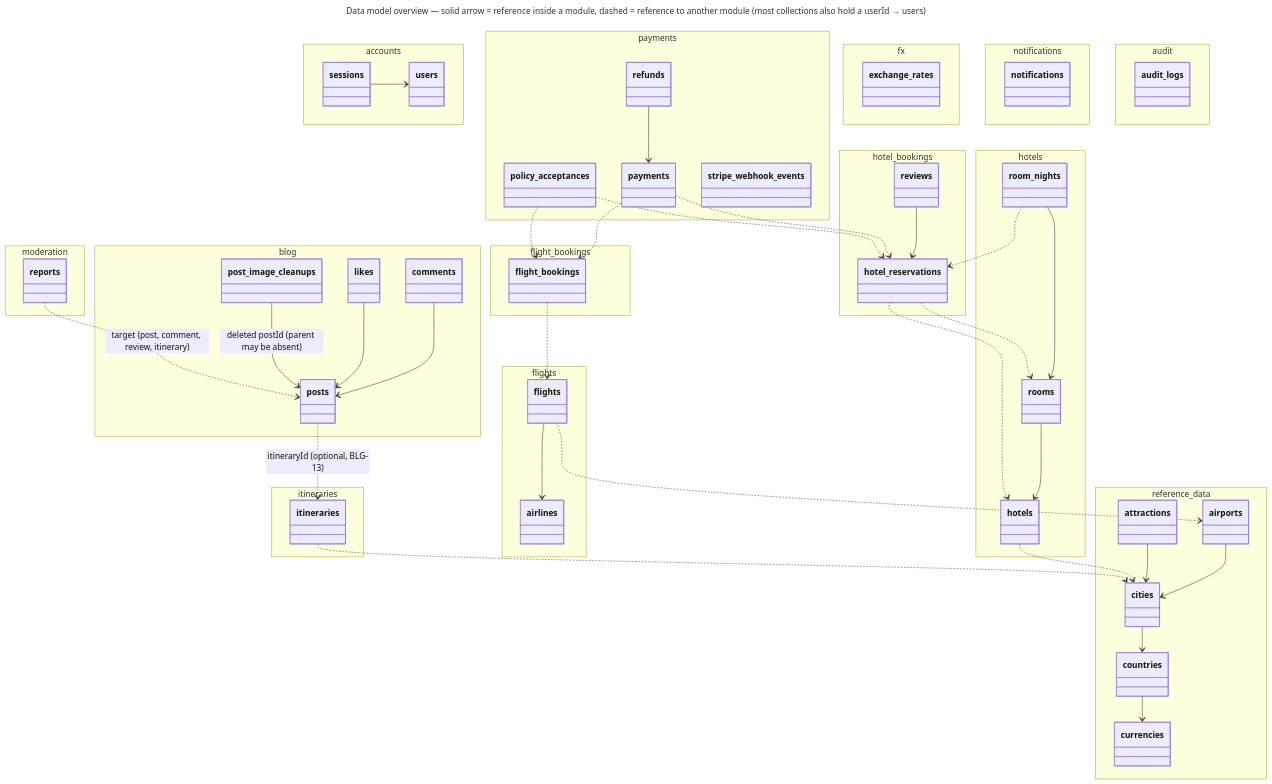
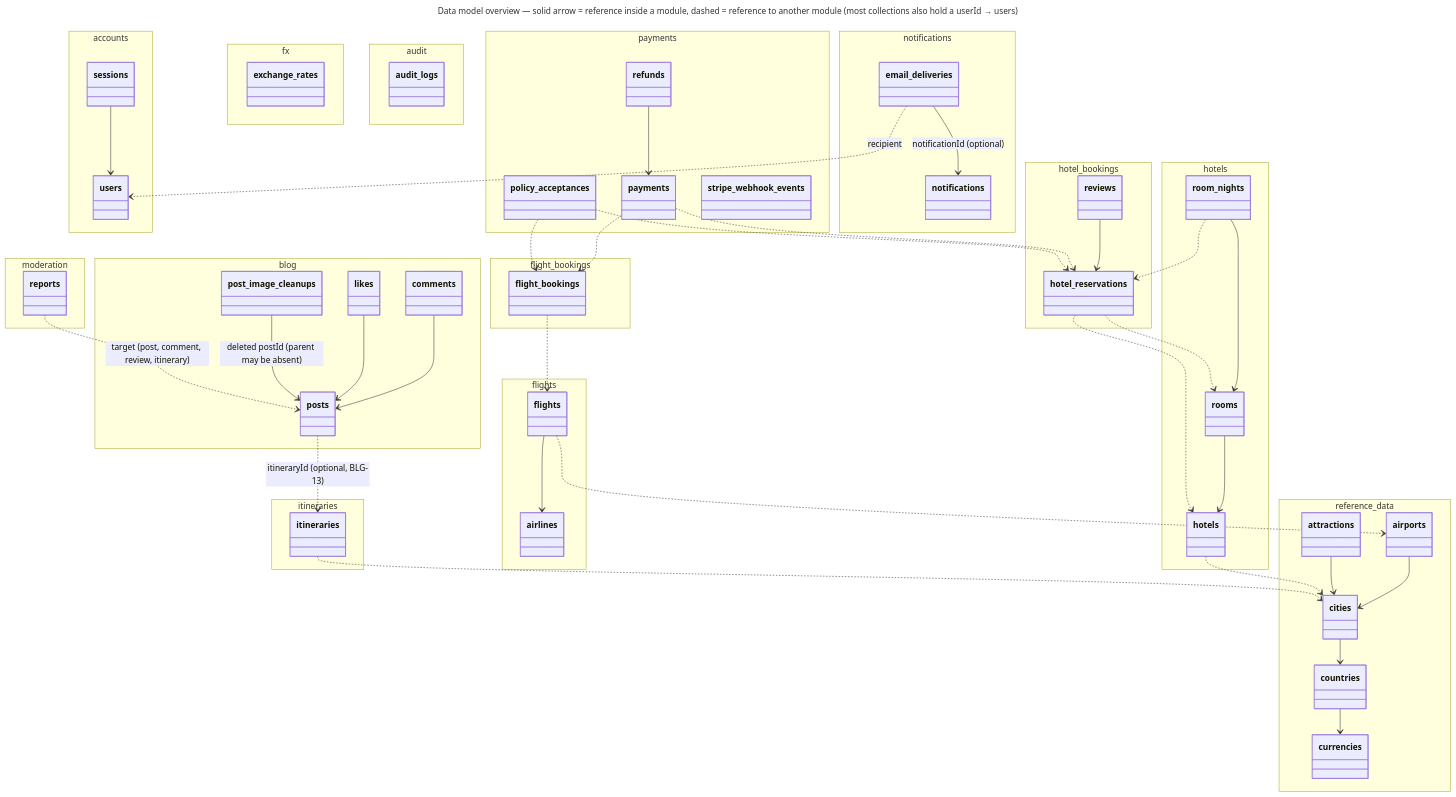
Before and after one commit to Host173/Man2o4ah: the diagram in docs/database/diagrams/00-overview.mmd, drawn with Mermaid. The commit also changed 41 other files, not shown here.

First line of the commit message:
feat(notifications): add SMTP email delivery (GEN-01b)

```diff
--- a/docs/database/diagrams/00-overview.mmd
+++ b/docs/database/diagrams/00-overview.mmd
@@ -1,86 +1,89 @@
 ---
 title: "Data model overview — solid arrow = reference inside a module, dashed = reference to another module (most collections also hold a userId → users)"
 ---
 classDiagram
   direction TB
   namespace reference_data {
     class countries
     class cities
     class airports
     class attractions
     class currencies
   }
   namespace accounts {
     class users
     class sessions
   }
   namespace flights {
     class airlines
     class flights_["flights"]
   }
   namespace flight_bookings {
     class flight_bookings_["flight_bookings"]
   }
   namespace hotels {
     class hotels_["hotels"]
     class rooms
     class room_nights
   }
   namespace hotel_bookings {
     class hotel_reservations
     class reviews
   }
   namespace payments {
     class payments_["payments"]
     class refunds
     class policy_acceptances
     class stripe_webhook_events
   }
   namespace itineraries {
     class itineraries_["itineraries"]
   }
   namespace fx {
     class exchange_rates
   }
   namespace blog {
     class posts
     class comments
     class likes
     class post_image_cleanups
   }
   namespace moderation {
     class reports
   }
   namespace notifications {
     class notifications_["notifications"]
+    class email_deliveries
   }
   namespace audit {
     class audit_logs
   }
 
   cities --> countries
   airports --> cities
   attractions --> cities
   countries --> currencies
   sessions --> users
   flights_ --> airlines
   flights_ ..> airports
   rooms --> hotels_
   room_nights --> rooms
   room_nights ..> hotel_reservations
   hotels_ ..> cities
   flight_bookings_ ..> flights_
   hotel_reservations ..> hotels_
   hotel_reservations ..> rooms
   reviews --> hotel_reservations
   payments_ ..> flight_bookings_
   payments_ ..> hotel_reservations
   refunds --> payments_
   policy_acceptances ..> flight_bookings_
   policy_acceptances ..> hotel_reservations
   itineraries_ ..> cities
   posts ..> itineraries_ : itineraryId (optional, BLG-13)
   comments --> posts
   likes --> posts
   post_image_cleanups --> posts : deleted postId (parent may be absent)
   reports ..> posts : target (post, comment, review, itinerary)
+  email_deliveries --> notifications_ : notificationId (optional)
+  email_deliveries ..> users : recipient
```
